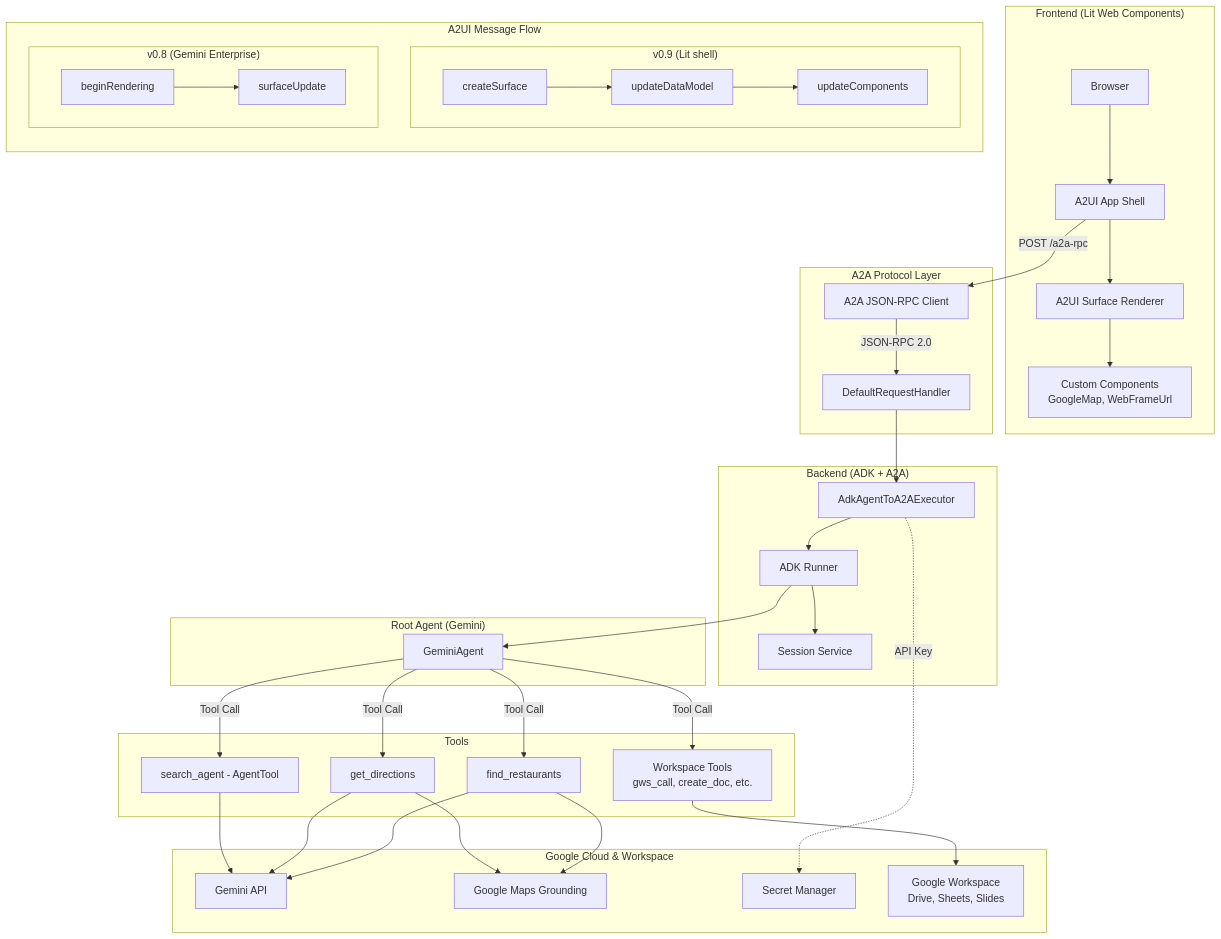
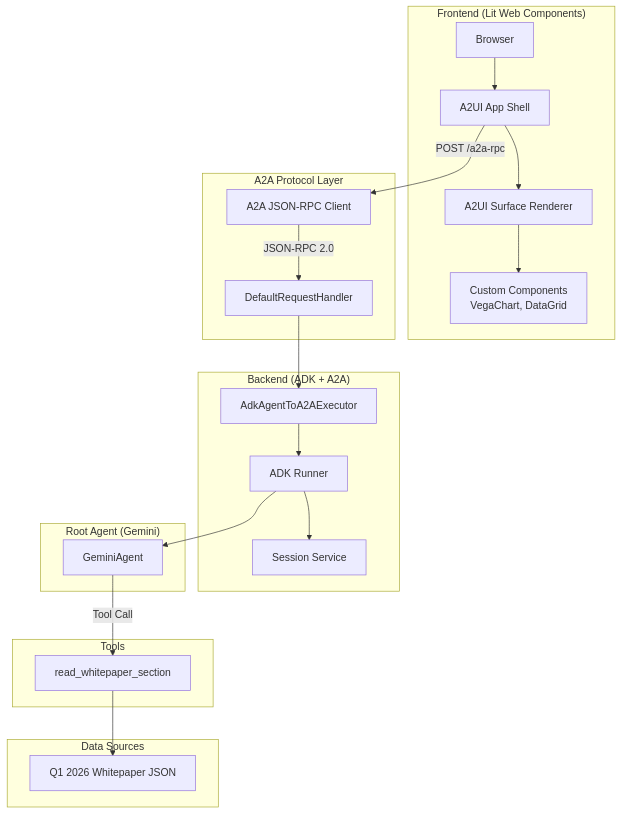
One commit to wadave/agent-a2ui-demo changed the second of 3 diagrams in README.md. Above: the diagram before and after it, drawn with Mermaid. The commit also changed other lines of this file and 38 other files, not shown here.

````diff
--- a/README.md
+++ b/README.md
@@ -64,72 +46,43 @@
 ```mermaid
 graph TB
     subgraph "Frontend (Lit Web Components)"
         Browser[Browser]
         AppShell[A2UI App Shell]
         Surface[A2UI Surface Renderer]
-        CustomComp[Custom Components<br/>GoogleMap, WebFrameUrl]
+        CustomComp[Custom Components<br/>VegaChart, DataGrid]
         Browser --> AppShell
         AppShell --> Surface
         Surface --> CustomComp
     end
 
     subgraph "A2A Protocol Layer"
         Client[A2A JSON-RPC Client]
         Handler[DefaultRequestHandler]
         AppShell -->|"POST /a2a-rpc"| Client
         Client -->|"JSON-RPC 2.0"| Handler
     end
 
     subgraph "Backend (ADK + A2A)"
         Executor[AdkAgentToA2AExecutor]
         Runner[ADK Runner]
         Session[Session Service]
         Handler --> Executor
         Executor --> Runner
         Runner --> Session
     end
 
     subgraph "Root Agent (Gemini)"
         Agent[GeminiAgent]
         Runner --> Agent
     end
 
     subgraph "Tools"
-        FindRest[find_restaurants]
-        GetDir[get_directions]
-        SearchAgent[search_agent - AgentTool]
-        WorkspaceTools[Workspace Tools<br/>gws_call, create_doc, etc.]
-        Agent -->|"Tool Call"| FindRest
-        Agent -->|"Tool Call"| GetDir
-        Agent -->|"Tool Call"| SearchAgent
-        Agent -->|"Tool Call"| WorkspaceTools
+        ReadWP[read_whitepaper_section]
+        Agent -->|"Tool Call"| ReadWP
     end
 
-    subgraph "Google Cloud & Workspace"
-        GeminiAPI[Gemini API]
-        MapsGround[Google Maps Grounding]
-        SecretMgr[Secret Manager]
-        GWS[Google Workspace<br/>Drive, Sheets, Slides]
-
-        FindRest --> GeminiAPI
-        FindRest --> MapsGround
-        GetDir --> GeminiAPI
-        GetDir --> MapsGround
-        SearchAgent --> GeminiAPI
-        WorkspaceTools --> GWS
-        Executor -.->|"API Key"| SecretMgr
-    end
-
-    subgraph "A2UI Message Flow"
-        direction TB
-        subgraph V09["v0.9 (Lit shell)"]
-            direction LR
-            CS[createSurface] --> UDM[updateDataModel]
-            UDM --> UC[updateComponents]
-        end
-        subgraph V08["v0.8 (Gemini Enterprise)"]
-            direction LR
-            BR[beginRendering] --> SU[surfaceUpdate]
-        end
+    subgraph "Data Sources"
+        WPData[Q1 2026 Whitepaper JSON]
+        ReadWP --> WPData
     end
 ```
````
